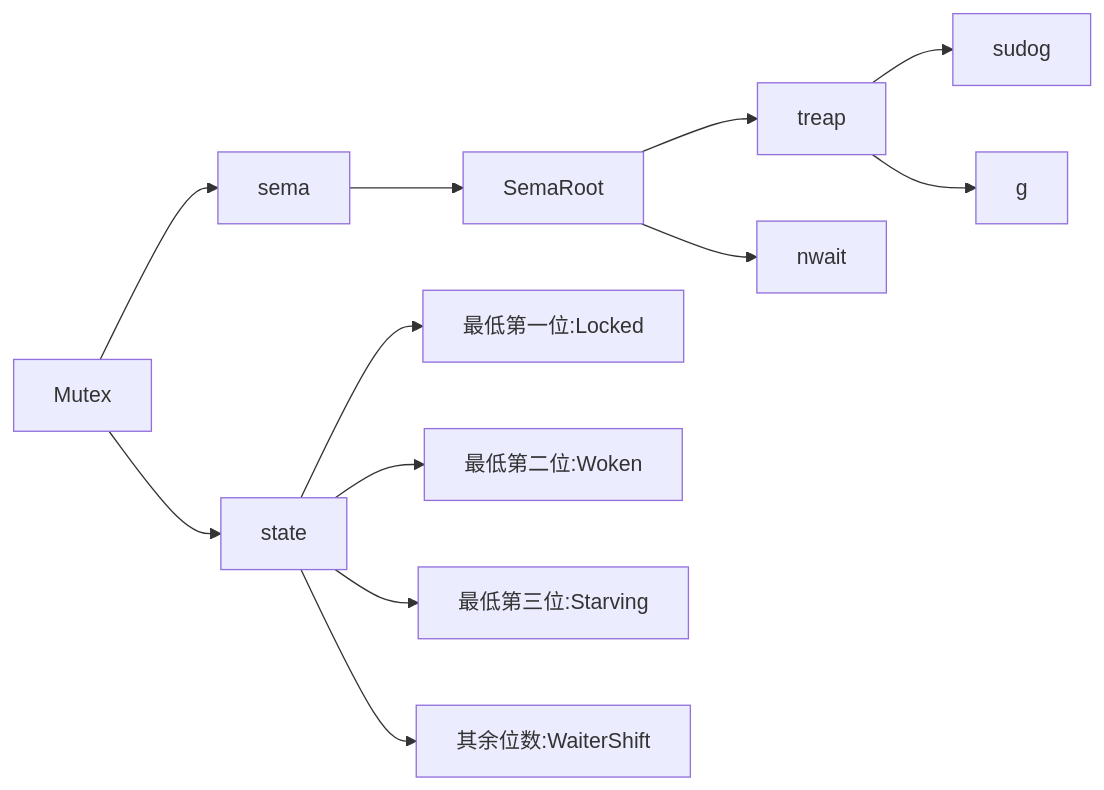
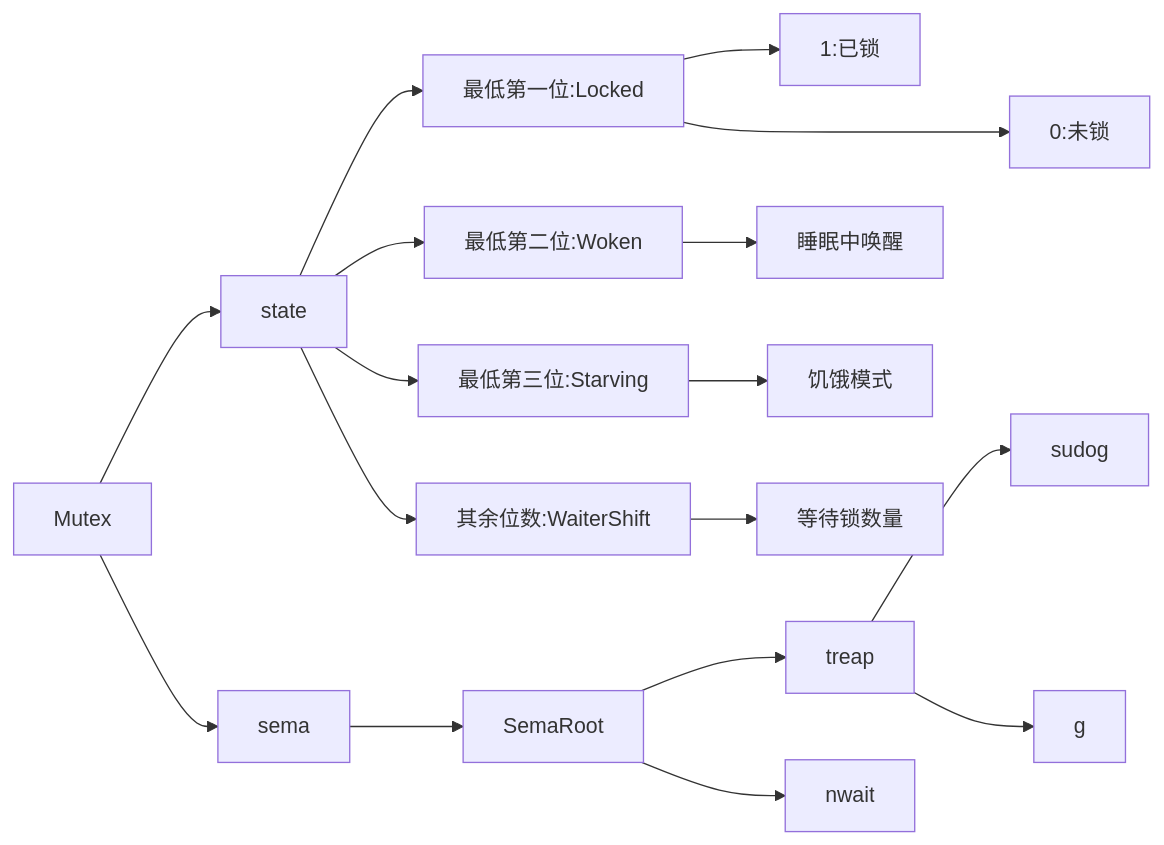
Before and after one commit to weiyouwozuiku/weiyouwozuiku.github.io: the diagram in source/_posts/程序设计/Go学习.md, drawn with Mermaid. The commit also changed other lines of this file, not shown here.

Commit message:
更新Go

````diff
--- a/source/_posts/程序设计/Go学习.md
+++ b/source/_posts/程序设计/Go学习.md
@@ -1278,13 +1278,14 @@
 ```mermaid
 graph LR
 Mutex-->state
 Mutex-->sema-->SemaRoot
 SemaRoot-->treap
 SemaRoot-->nwait
 treap-->sudog
 treap-->g
-state-->最低第一位:Locked
-state-->最低第二位:Woken
-state-->最低第三位:Starving
-state-->其余位数:WaiterShift
+state-->最低第一位:Locked-->1:已锁
+最低第一位:Locked--->0:未锁
+state-->最低第二位:Woken-->睡眠中唤醒
+state-->最低第三位:Starving-->饥饿模式
+state-->其余位数:WaiterShift-->等待锁数量
 ```
````
